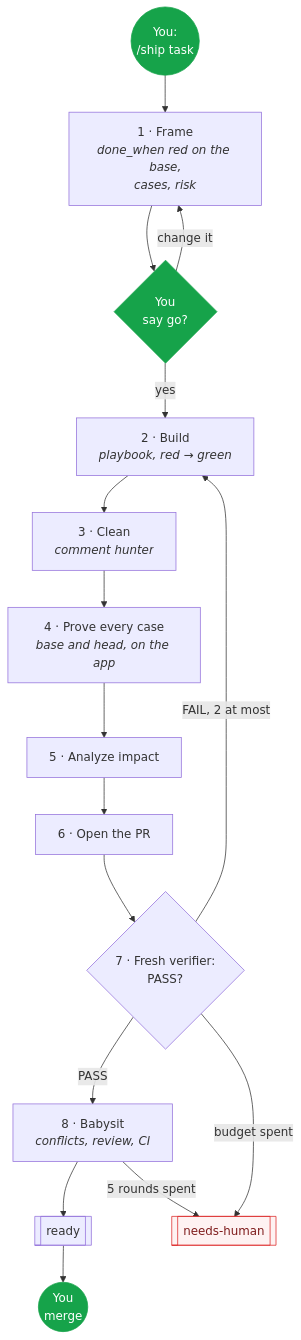
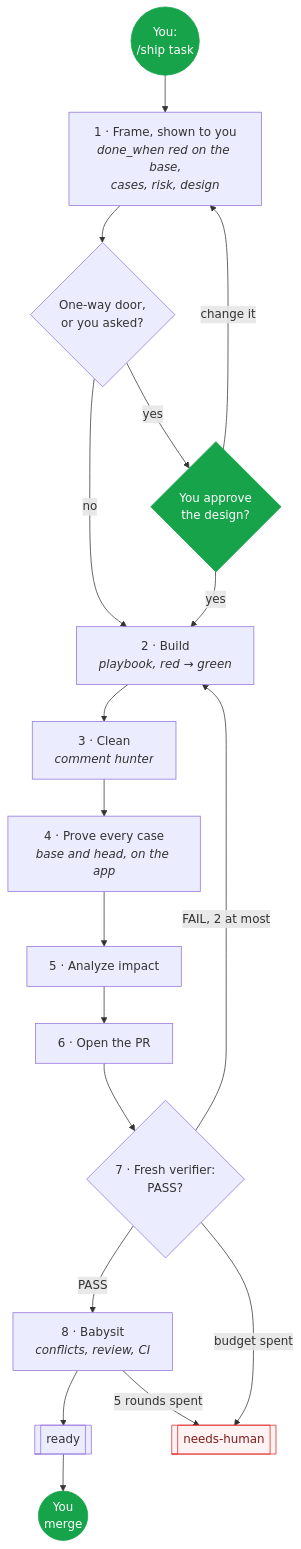
One commit to Ilian-Allaf/skillstack changed the second of 2 diagrams in skills/README.md. Above: the diagram before and after it, drawn with Mermaid. The commit also changed other lines of this file and 17 other files, not shown here.

````diff
--- a/skills/README.md
+++ b/skills/README.md
@@ -80,29 +80,33 @@
 ```mermaid
 flowchart TB
   go(("You:<br/>/ship task"))
-  frame["1 · Frame<br/><i>done_when red on the base,<br/>cases, risk</i>"]
-  ok{"You<br/>say go?"}
+  frame["1 · Frame, shown to you<br/><i>done_when red on the base,<br/>cases, risk, design</i>"]
+  design{"One-way door,<br/>or you asked?"}
+  shown{"You approve<br/>the design?"}
   build["2 · Build<br/><i>playbook, red → green</i>"]
   clean["3 · Clean<br/><i>comment hunter</i>"]
   proofs["4 · Prove every case<br/><i>base and head, on the app</i>"]
   impact["5 · Analyze impact"]
   open["6 · Open the PR"]
   verdict{"7 · Fresh verifier:<br/>PASS?"}
   babysit["8 · Babysit<br/><i>conflicts, review, CI</i>"]
   ready[["ready"]]
   merge(("You<br/>merge"))
   human[["needs-human"]]
 
-  go --> frame --> ok
-  ok -->|yes| build --> clean --> proofs --> impact --> open --> verdict
-  ok -->|change it| frame
+  go --> frame --> design
+  design -->|no| build
+  design -->|yes| shown
+  shown -->|yes| build
+  shown -->|change it| frame
+  build --> clean --> proofs --> impact --> open --> verdict
   verdict -->|"FAIL, 2 at most"| build
   verdict -->|PASS| babysit --> ready --> merge
   verdict -->|budget spent| human
   babysit -->|5 rounds spent| human
 
   classDef you fill:#16a34a,stroke:#16a34a,color:#fff
   classDef stop fill:#fef2f2,stroke:#dc2626,color:#7f1d1d
-  class go,ok,merge you
+  class go,shown,merge you
   class human stop
 ```
````
